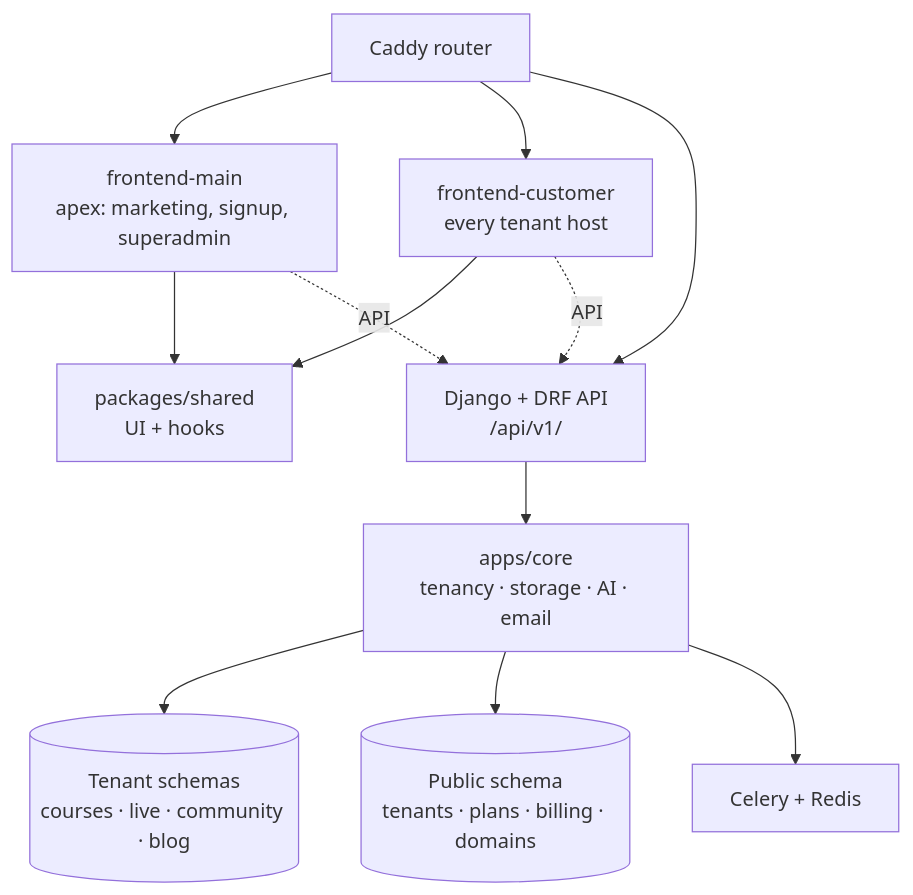
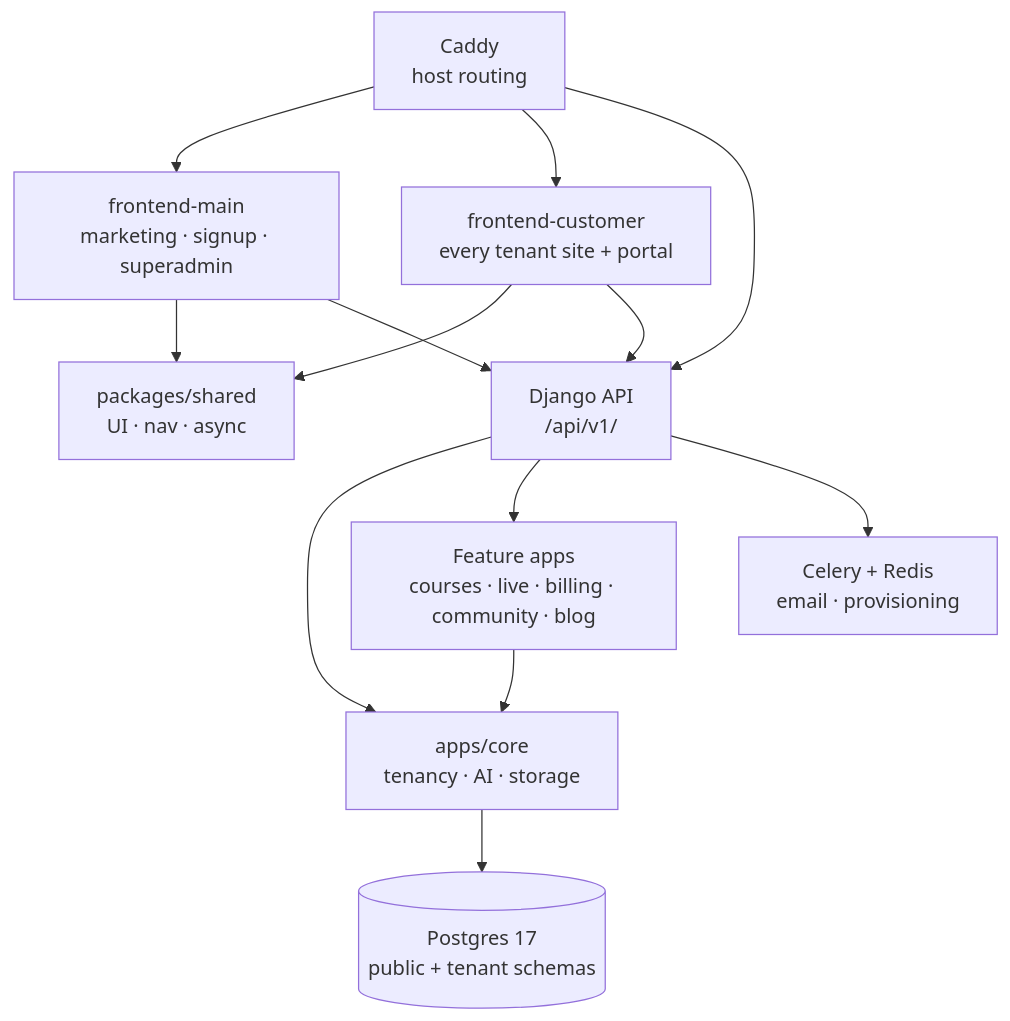
One commit to tahayusufkomur/contentor changed the diagram in docs/wiki/overview.md. Above: the diagram before and after it, drawn with Mermaid. The commit also changed other lines of this file and 32 other files, not shown here.

````diff
--- a/docs/wiki/overview.md
+++ b/docs/wiki/overview.md
@@ -19,24 +11,25 @@
 ```mermaid
-graph TD
-    Caddy[Caddy router]
-    Main[frontend-main<br/>apex: marketing, signup, superadmin]
-    Cust[frontend-customer<br/>every tenant host]
-    Shared[packages/shared<br/>UI + hooks]
-    Django[Django + DRF API<br/>/api/v1/]
-    Core[apps/core<br/>tenancy · storage · AI · email]
-    Tenant[(Tenant schemas<br/>courses · live · community · blog)]
-    Public[(Public schema<br/>tenants · plans · billing · domains)]
-    Celery[Celery + Redis]
+graph TB
+    Caddy[Caddy<br/>host routing]
+    Main[frontend-main<br/>marketing · signup · superadmin]
+    Customer[frontend-customer<br/>every tenant site + portal]
+    Shared[packages/shared<br/>UI · nav · async]
+    Django[Django API<br/>/api/v1/]
+    Core[apps/core<br/>tenancy · AI · storage]
+    Features[Feature apps<br/>courses · live · billing · community · blog]
+    Celery[Celery + Redis<br/>email · provisioning]
+    PG[(Postgres 17<br/>public + tenant schemas)]
 
     Caddy --> Main
-    Caddy --> Cust
+    Caddy --> Customer
     Caddy --> Django
     Main --> Shared
-    Cust --> Shared
-    Main -.API.-> Django
-    Cust -.API.-> Django
+    Customer --> Shared
+    Main --> Django
+    Customer --> Django
     Django --> Core
-    Core --> Tenant
-    Core --> Public
-    Core --> Celery
+    Django --> Features
+    Features --> Core
+    Django --> Celery
+    Core --> PG
 ```
````
